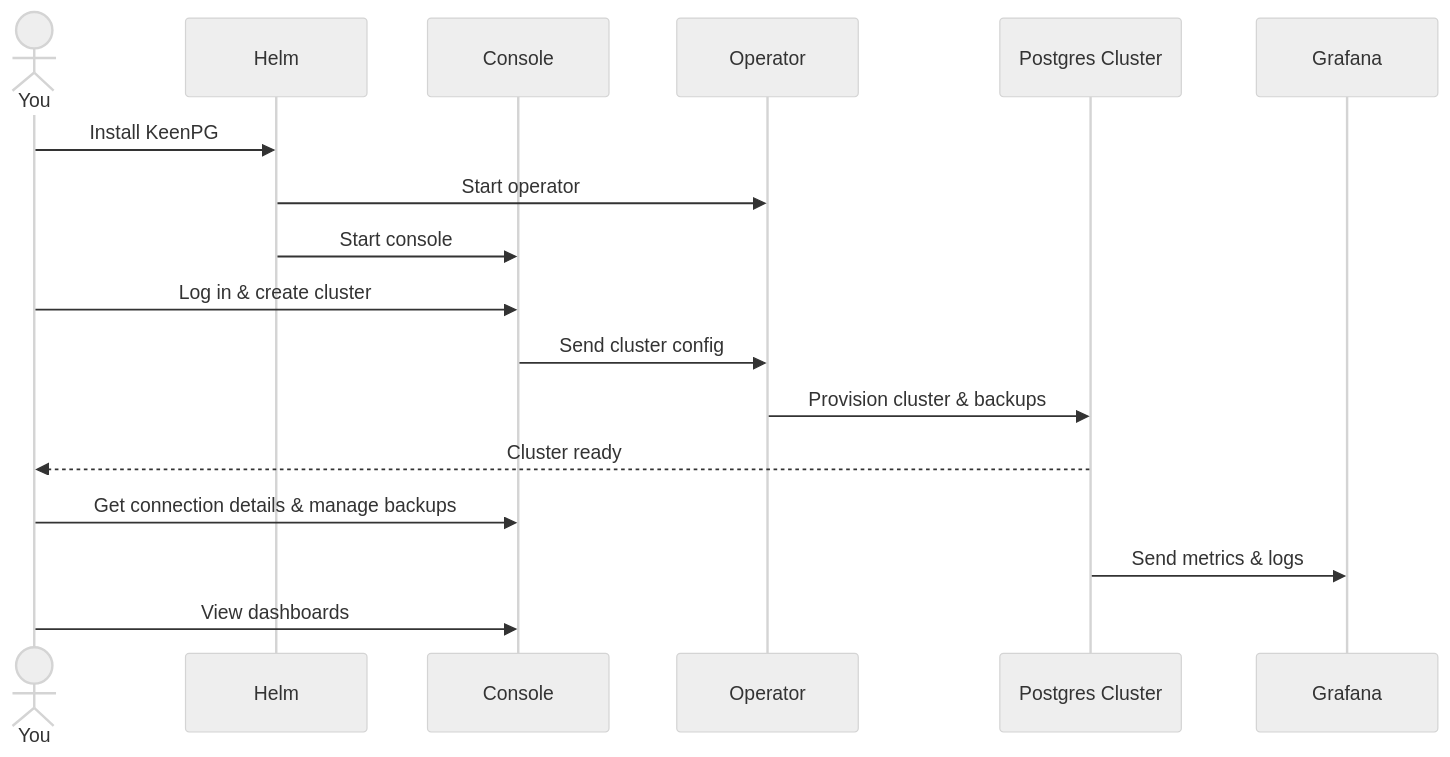
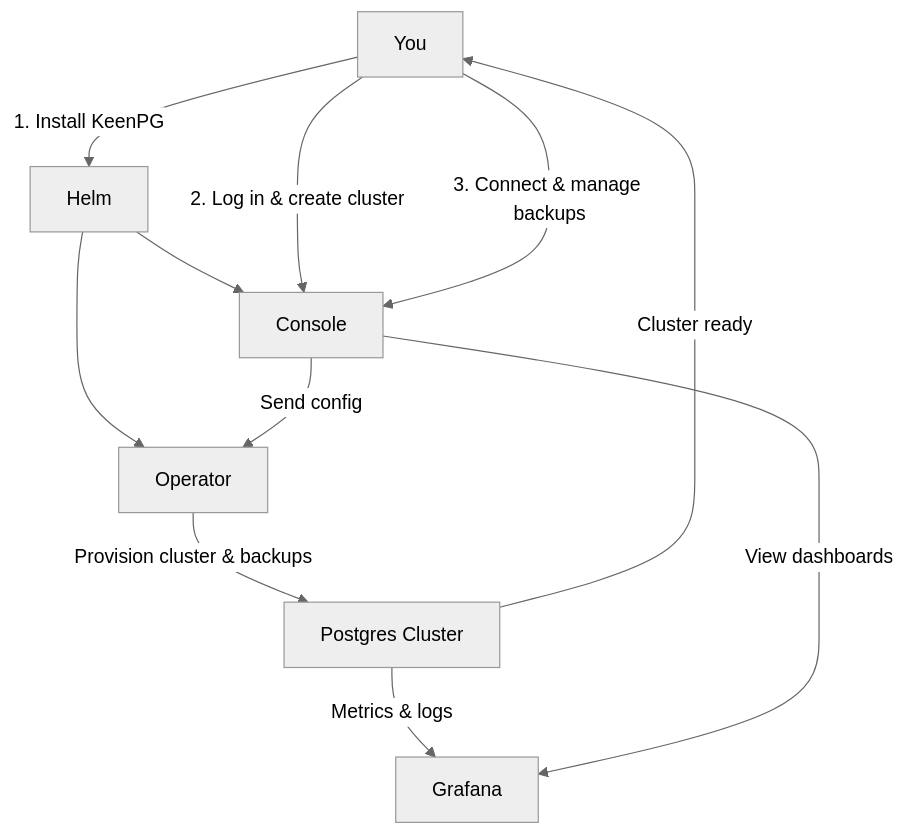
The first of 3 diagrams in console.md (rabhinav0906/Readme-changes), drawn with Mermaid (neutral theme) before and after one commit.

````diff
--- a/console.md
+++ b/console.md
@@ -5,20 +5,15 @@
 ```mermaid
-sequenceDiagram
-    actor U as You
-    participant H as Helm
-    participant C as Console
-    participant O as Operator
-    participant P as Postgres Cluster
-    participant G as Grafana
+flowchart TD
+    U[You] -->|1. Install KeenPG| H[Helm]
+    H --> O[Operator]
+    H --> C[Console]
 
-    U->>H: Install KeenPG
-    H->>O: Start operator
-    H->>C: Start console
-    U->>C: Log in & create cluster
-    C->>O: Send cluster config
-    O->>P: Provision cluster & backups
-    P-->>U: Cluster ready
-    U->>C: Get connection details & manage backups
-    P->>G: Send metrics & logs
-    U->>C: View dashboards
+    U -->|2. Log in & create cluster| C
+    C -->|Send config| O
+    O -->|Provision cluster & backups| P[Postgres Cluster]
+    P -->|Cluster ready| U
+
+    U -->|3. Connect & manage backups| C
+    P -->|Metrics & logs| G[Grafana]
+    C -->|View dashboards| G
 ```
````
